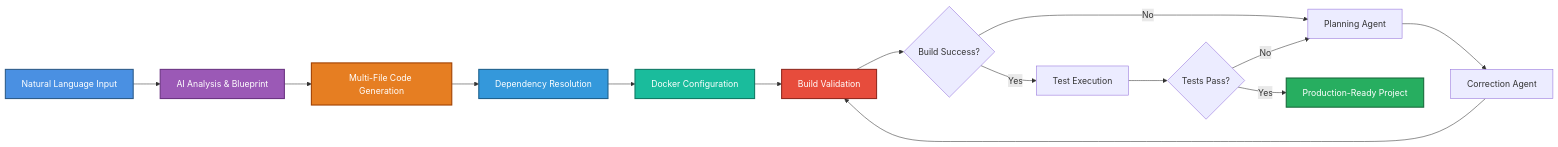
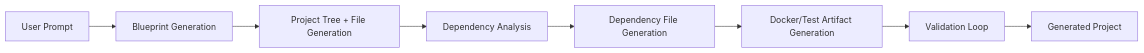
The diagram in README.md (HyperKuvid-Labs/alpha-stack), drawn with Mermaid before and after one commit. The commit also changed other lines of this file, not shown here.

````diff
--- a/README.md
+++ b/README.md
@@ -47,24 +20,10 @@
 ```mermaid
 graph LR
-    A[Natural Language Input] --> B[AI Analysis & Blueprint]
-    B --> C[Multi-File Code Generation]
-    C --> D[Dependency Resolution]
-    D --> E[Docker Configuration]
-    E --> F[Build Validation]
-    F --> G{Build Success?}
-    G -->|No| H[Planning Agent]
-    H --> I[Correction Agent]
-    I --> F
-    G -->|Yes| J[Test Execution]
-    J --> K{Tests Pass?}
-    K -->|No| H
-    K -->|Yes| L[Production-Ready Project]
-
-    style A fill:#4A90E2,stroke:#2E5C8A,stroke-width:2px,color:#fff
-    style B fill:#9B59B6,stroke:#6C3483,stroke-width:2px,color:#fff
-    style C fill:#E67E22,stroke:#A04000,stroke-width:2px,color:#fff
-    style D fill:#3498DB,stroke:#1F618D,stroke-width:2px,color:#fff
-    style E fill:#1ABC9C,stroke:#117A65,stroke-width:2px,color:#fff
-    style F fill:#E74C3C,stroke:#922B21,stroke-width:2px,color:#fff
-    style L fill:#27AE60,stroke:#186A3B,stroke-width:2px,color:#fff
+    A[User Prompt] --> B[Blueprint Generation]
+    B --> C[Project Tree + File Generation]
+    C --> D[Dependency Analysis]
+    D --> E[Dependency File Generation]
+    E --> F[Docker/Test Artifact Generation]
+    F --> G[Validation Loop]
+    G --> H[Generated Project]
 ```
````
